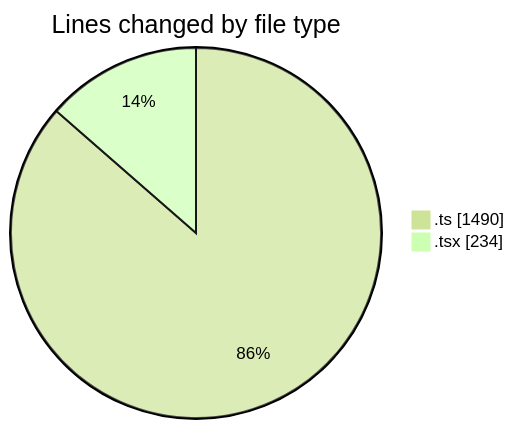
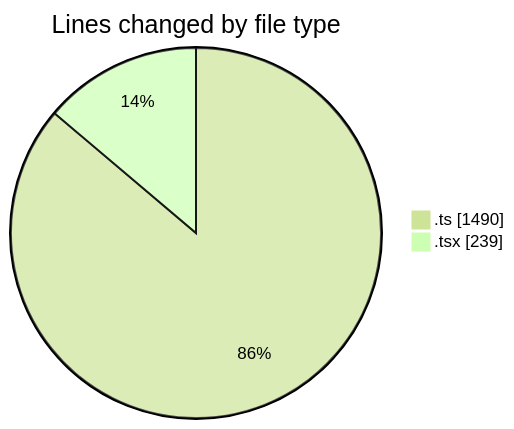
One commit to momahboobian/code-tracking changed the first of 2 diagrams in 2025-11-27/cda/README.md. Above: the diagram before and after it, drawn with Mermaid (forest theme). The commit also changed other lines of this file and 1 other file, not shown here.

````diff
--- a/2025-11-27/cda/README.md
+++ b/2025-11-27/cda/README.md
@@ -22,6 +22,6 @@
 ```mermaid
 pie showData
 title Lines changed by file type
 ".ts" : 1490
-".tsx" : 234
+".tsx" : 239
 ```
````
